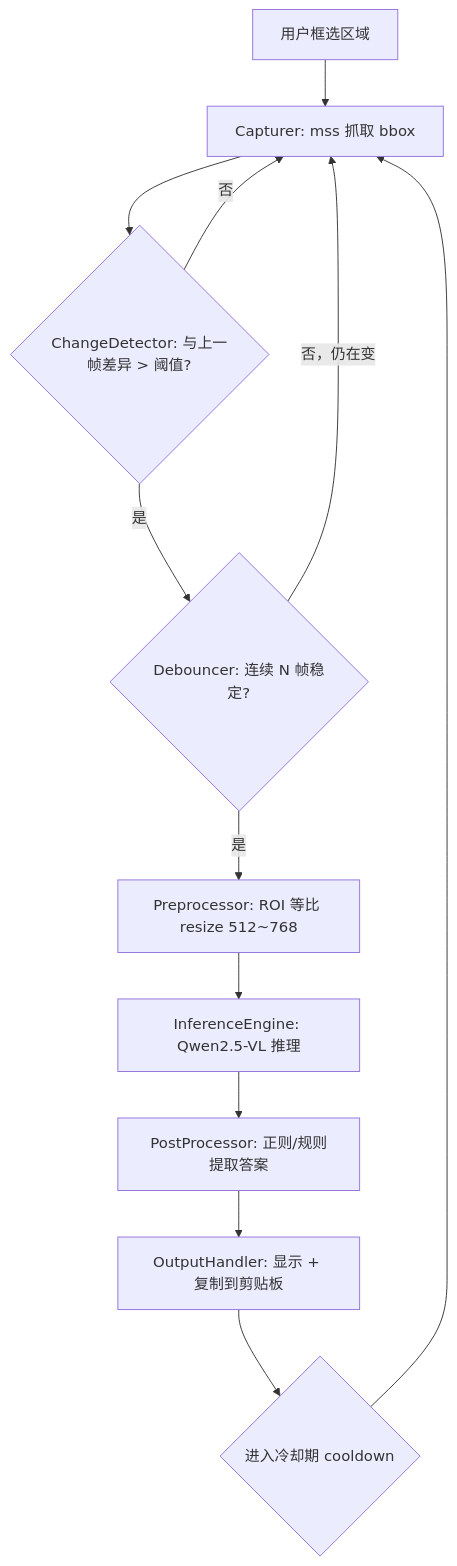
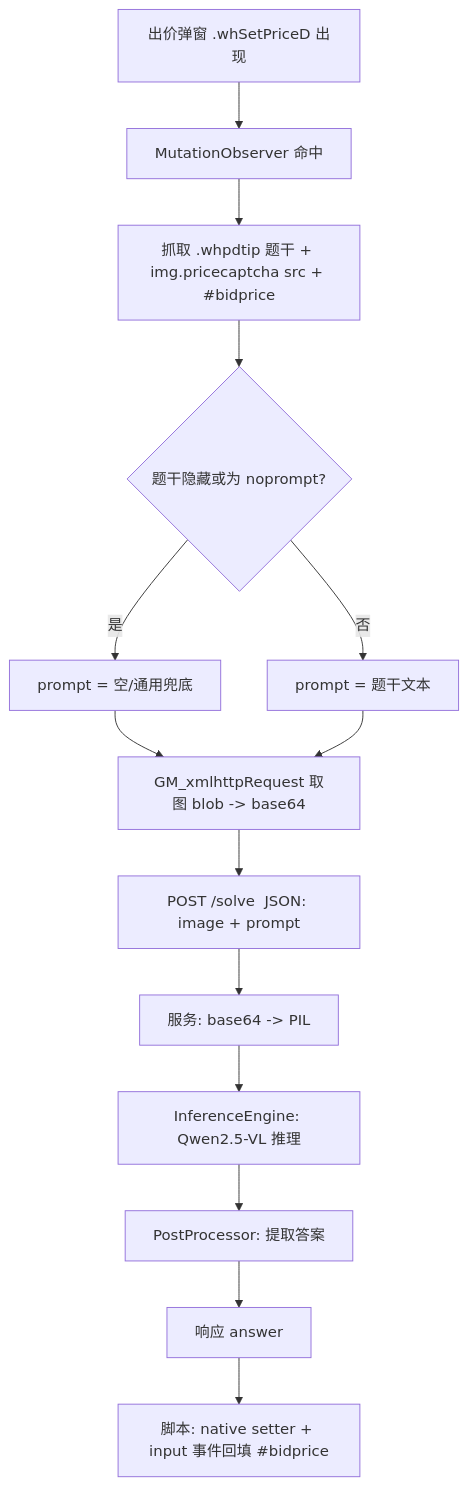
Before and after one commit to septuagintks/altobid: the diagram in docs/architecture.md, drawn with Mermaid. The commit also changed other lines of this file and 3 other files, not shown here.

Commit message:
Redesign docs: userscript + local inference server architecture

````diff
--- a/docs/architecture.md
+++ b/docs/architecture.md
@@ -129,14 +79,16 @@
 ```mermaid
 flowchart TD
-    A[用户框选区域] --> B[Capturer: mss 抓取 bbox]
-    B --> C{ChangeDetector: 与上一帧差异 > 阈值?}
-    C -- 否 --> B
-    C -- 是 --> D{Debouncer: 连续 N 帧稳定?}
-    D -- 否，仍在变 --> B
-    D -- 是 --> E[Preprocessor: ROI 等比 resize 512~768]
-    E --> F[InferenceEngine: Qwen2.5-VL 推理]
-    F --> G[PostProcessor: 正则/规则提取答案]
-    G --> H[OutputHandler: 显示 + 复制到剪贴板]
-    H --> I{进入冷却期 cooldown}
-    I --> B
+    A[出价弹窗 .whSetPriceD 出现] --> B[MutationObserver 命中]
+    B --> C[抓取 .whpdtip 题干 + img.pricecaptcha src + #bidprice]
+    C --> D{题干隐藏或为 noprompt?}
+    D -- 是 --> E[prompt = 空/通用兜底]
+    D -- 否 --> F[prompt = 题干文本]
+    E --> G[GM_xmlhttpRequest 取图 blob -> base64]
+    F --> G
+    G --> H[POST /solve  JSON: image + prompt]
+    H --> I[服务: base64 -> PIL]
+    I --> J[InferenceEngine: Qwen2.5-VL 推理]
+    J --> K[PostProcessor: 提取答案]
+    K --> L[响应 answer]
+    L --> M[脚本: native setter + input 事件回填 #bidprice]
 ```
````
